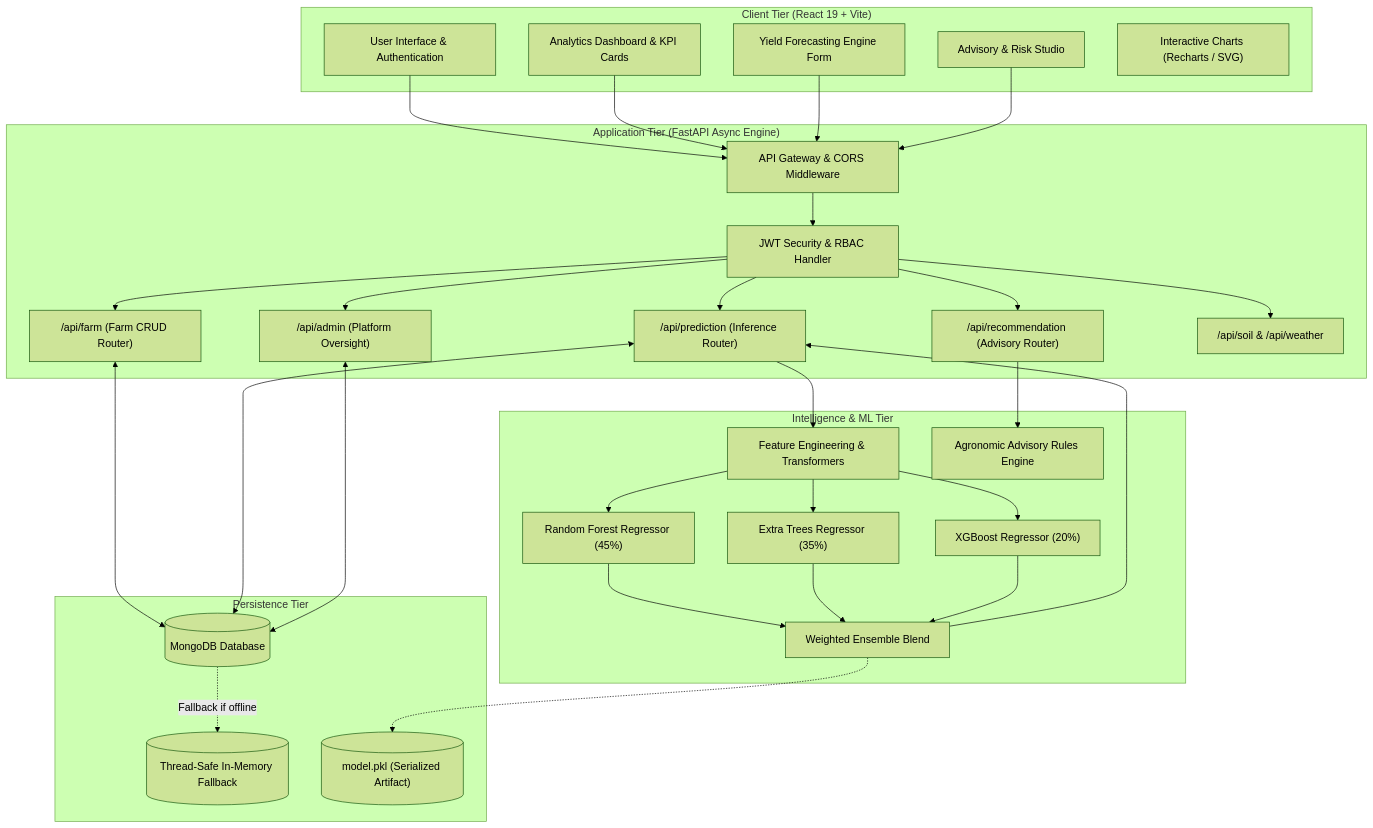
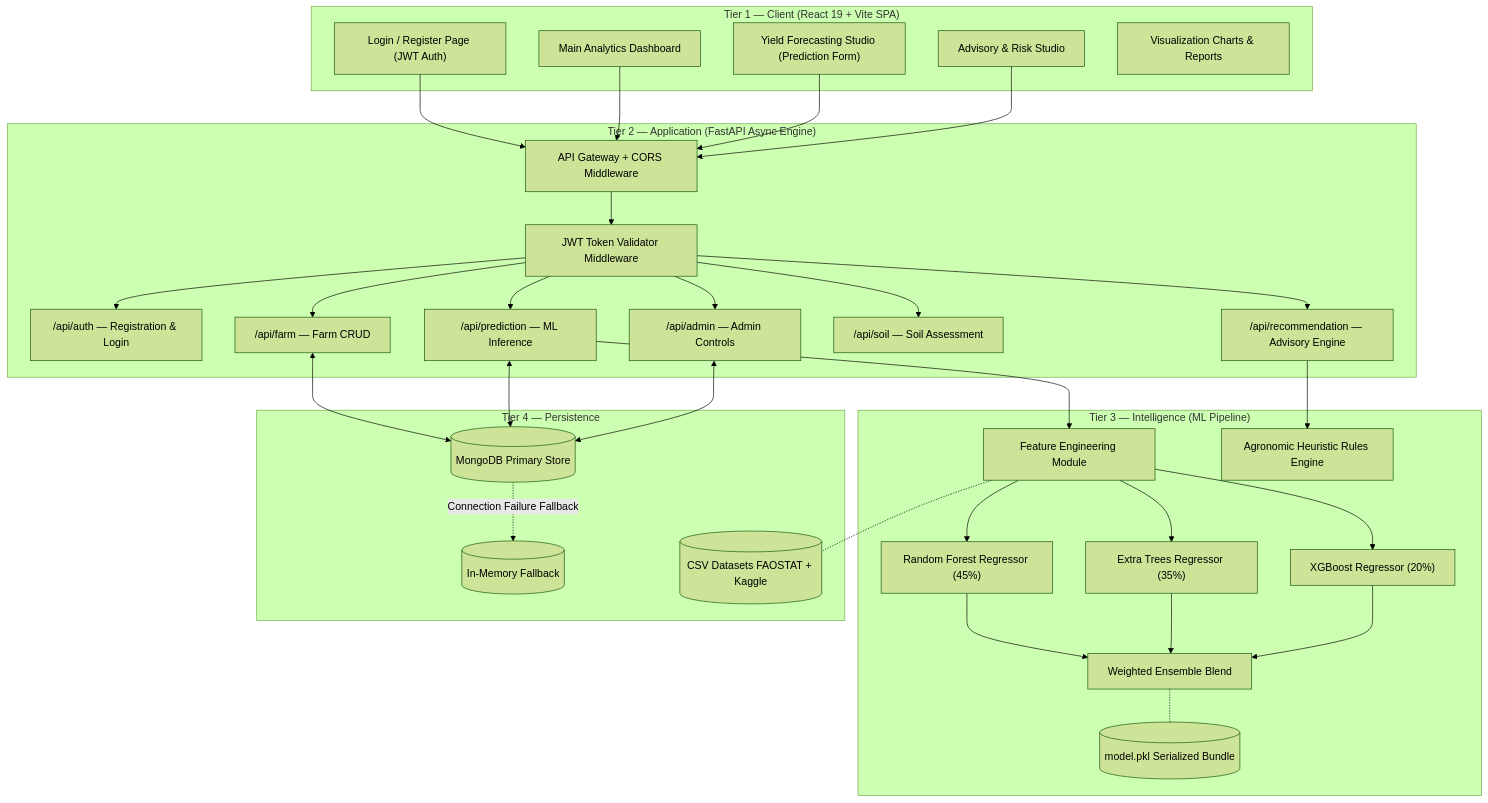
The first of 9 diagrams in docs/PROJECT_DOCUMENTATION.md (Yash191220/Yashraj_-Crop-Yield-Prediction-Agricultural-Productivity-Forecasting-System), drawn with Mermaid (forest theme) before and after one commit. The commit also changed other lines of this file, not shown here.

Commit message:
docs: expand PROJECT_DOCUMENTATION v3.0 with algorithms, pseudocode, flowcharts, results tables

````diff
--- a/docs/PROJECT_DOCUMENTATION.md
+++ b/docs/PROJECT_DOCUMENTATION.md
@@ -57,44 +98,47 @@
 ```mermaid
 graph TD
-    subgraph "Client Tier (React 19 + Vite)"
-        UI1["User Interface & Authentication"]
-        UI2["Analytics Dashboard & KPI Cards"]
-        UI3["Yield Forecasting Engine Form"]
+    subgraph "Tier 1 — Client (React 19 + Vite SPA)"
+        UI1["Login / Register Page (JWT Auth)"]
+        UI2["Main Analytics Dashboard"]
+        UI3["Yield Forecasting Studio (Prediction Form)"]
         UI4["Advisory & Risk Studio"]
-        UI5["Interactive Charts (Recharts / SVG)"]
+        UI5["Visualization Charts & Reports"]
     end
 
-    subgraph "Application Tier (FastAPI Async Engine)"
-        GW["API Gateway & CORS Middleware"]
-        AUTH["JWT Security & RBAC Handler"]
-        R_PRED["/api/prediction (Inference Router)"]
-        R_REC["/api/recommendation (Advisory Router)"]
-        R_FARM["/api/farm (Farm CRUD Router)"]
-        R_ADMIN["/api/admin (Platform Oversight)"]
-        R_SOIL["/api/soil & /api/weather"]
+    subgraph "Tier 2 — Application (FastAPI Async Engine)"
+        GW["API Gateway + CORS Middleware"]
+        JWT_MW["JWT Token Validator Middleware"]
+        R_AUTH["/api/auth — Registration & Login"]
+        R_PRED["/api/prediction — ML Inference"]
+        R_REC["/api/recommendation — Advisory Engine"]
+        R_FARM["/api/farm — Farm CRUD"]
+        R_SOIL["/api/soil — Soil Assessment"]
+        R_ADMIN["/api/admin — Admin Controls"]
     end
 
-    subgraph "Intelligence & ML Tier"
-        FE["Feature Engineering & Transformers"]
-        RF["Random Forest Regressor (45%)"]
-        ET["Extra Trees Regressor (35%)"]
-        XGB["XGBoost Regressor (20%)"]
-        ENS["Weighted Ensemble Blend"]
-        RULES["Agronomic Advisory Rules Engine"]
+    subgraph "Tier 3 — Intelligence (ML Pipeline)"
+        FE_ENG["Feature Engineering Module"]
+        RF_M["Random Forest Regressor (45%)"]
+        ET_M["Extra Trees Regressor (35%)"]
+        XGB_M["XGBoost Regressor (20%)"]
+        BLEND["Weighted Ensemble Blend"]
+        PKL[("model.pkl Serialized Bundle")]
+        RULES["Agronomic Heuristic Rules Engine"]
     end
 
-    subgraph "Persistence Tier"
-        DB[("MongoDB Database")]
-        MEM[("Thread-Safe In-Memory Fallback")]
-        PKL[("model.pkl (Serialized Artifact)")]
+    subgraph "Tier 4 — Persistence"
+        DB[("MongoDB Primary Store")]
+        INMEM[("In-Memory Fallback")]
+        CSV[("CSV Datasets FAOSTAT + Kaggle")]
     end
 
     UI1 & UI2 & UI3 & UI4 --> GW
-    GW --> AUTH
-    AUTH --> R_PRED & R_REC & R_FARM & R_ADMIN & R_SOIL
-    R_PRED --> FE --> RF & ET & XGB --> ENS --> R_PRED
+    GW --> JWT_MW
+    JWT_MW --> R_AUTH & R_PRED & R_REC & R_FARM & R_SOIL & R_ADMIN
+    R_PRED --> FE_ENG --> RF_M & ET_M & XGB_M --> BLEND
+    BLEND -.- PKL
     R_REC --> RULES
-    ENS -.-> PKL
     R_FARM & R_PRED & R_ADMIN <--> DB
-    DB -.->|Fallback if offline| MEM
+    DB -.->|Connection Failure Fallback| INMEM
+    FE_ENG <-.- CSV
 ```
````
